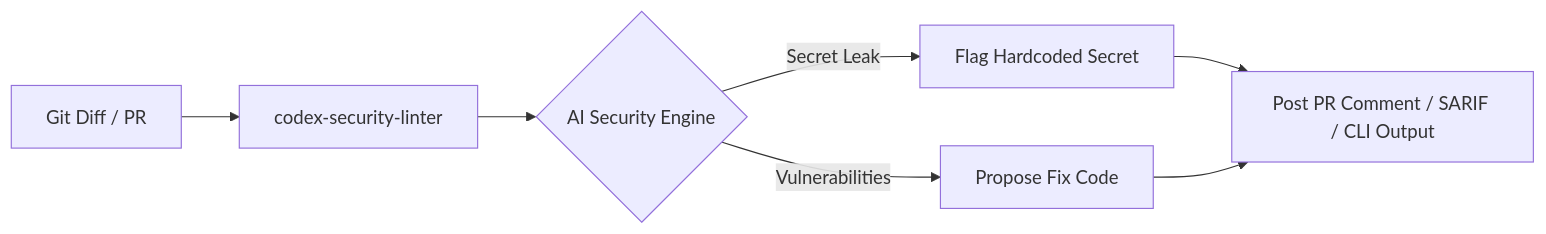
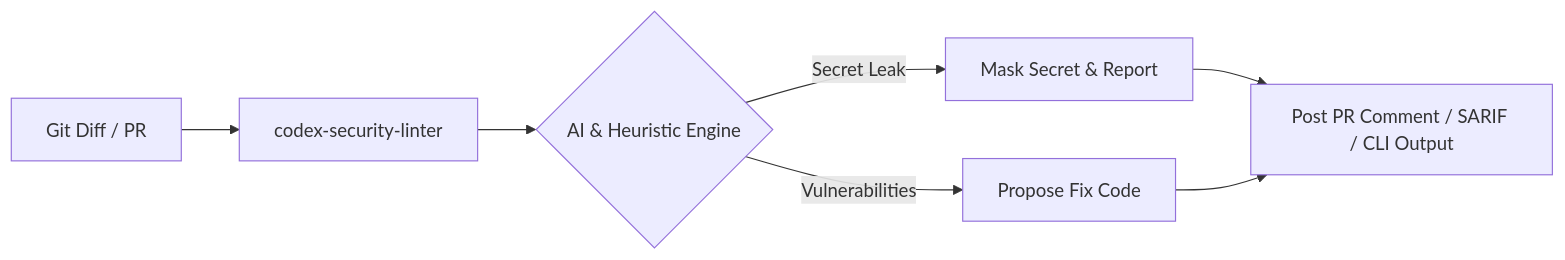
The diagram in README.md (knmt1219/codex-security-linter), drawn with Mermaid before and after one commit. The commit also changed other lines of this file and 3 other files, not shown here.

````diff
--- a/README.md
+++ b/README.md
@@ -14,8 +14,8 @@
 ```mermaid
 graph LR
     A[Git Diff / PR] --> B[codex-security-linter]
-    B --> C{AI Security Engine}
-    C -->|Secret Leak| D[Flag Hardcoded Secret]
+    B --> C{AI & Heuristic Engine}
+    C -->|Secret Leak| D[Mask Secret & Report]
     C -->|Vulnerabilities| E[Propose Fix Code]
     D & E --> F[Post PR Comment / SARIF / CLI Output]
 ```
````
